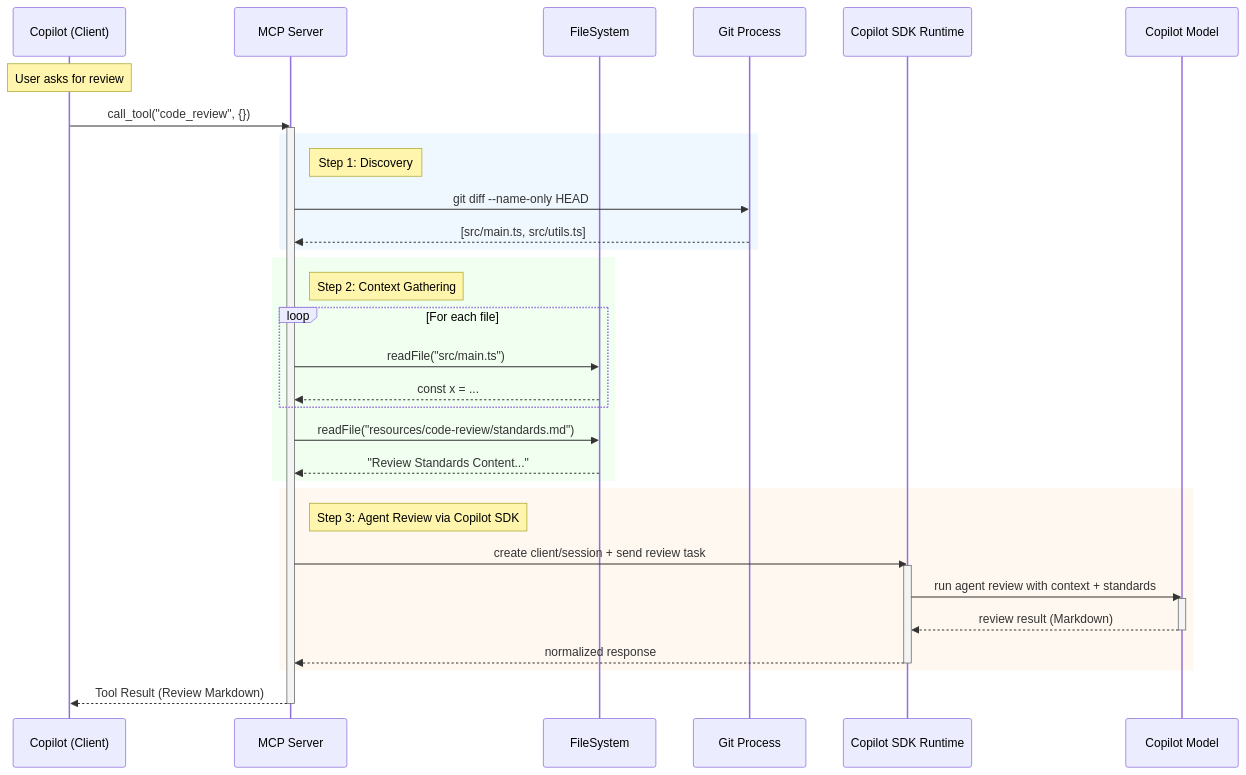
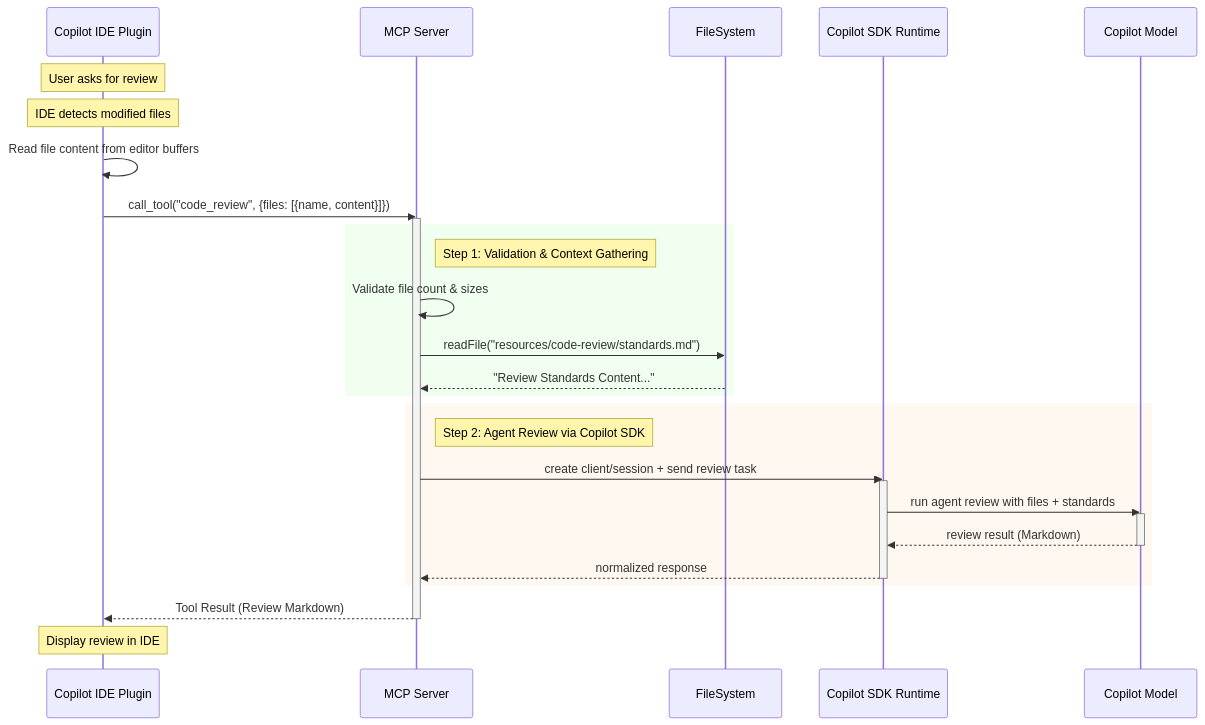
Before and after one commit to aranga-nana/easy-mcp-server: the diagram in CODE_REVIEW_DESIGN.md, drawn with Mermaid. The commit also changed other lines of this file, not shown here.

Commit message:
feat: enhance code review tool design to support client-side file content submission and validation

````diff
--- a/CODE_REVIEW_DESIGN.md
+++ b/CODE_REVIEW_DESIGN.md
@@ -76,44 +79,37 @@
 ```mermaid
 sequenceDiagram
-    participant Client as Copilot (Client)
+    participant IDE as Copilot IDE Plugin
     participant Server as MCP Server
     participant FS as FileSystem
-    participant Git as Git Process
     participant SDK as Copilot SDK Runtime
     participant Model as Copilot Model
 
-    Note over Client: User asks for review
-    Client->>Server: call_tool("code_review", {})
+    Note over IDE: User asks for review
+    Note over IDE: IDE detects modified files
+    IDE->>IDE: Read file content from editor buffers
+    IDE->>Server: call_tool("code_review", {files: [{name, content}]})
     activate Server
     
-    rect rgb(240, 248, 255)
-        Note right of Server: Step 1: Discovery
-        Server->>Git: git diff --name-only HEAD
-        Git-->>Server: [src/main.ts, src/utils.ts]
-    end
-    
     rect rgb(240, 255, 240)
-        Note right of Server: Step 2: Context Gathering
-        loop For each file
-            Server->>FS: readFile("src/main.ts")
-            FS-->>Server: const x = ...
-        end
+        Note right of Server: Step 1: Validation & Context Gathering
+        Server->>Server: Validate file count & sizes
         Server->>FS: readFile("resources/code-review/standards.md")
         FS-->>Server: "Review Standards Content..."
     end
     
     rect rgb(255, 248, 240)
-        Note right of Server: Step 3: Agent Review via Copilot SDK
+        Note right of Server: Step 2: Agent Review via Copilot SDK
         Server->>SDK: create client/session + send review task
         activate SDK
-        SDK->>Model: run agent review with context + standards
+        SDK->>Model: run agent review with files + standards
         activate Model
         Model-->>SDK: review result (Markdown)
         deactivate Model
         SDK-->>Server: normalized response
         deactivate SDK
     end
     
-    Server-->>Client: Tool Result (Review Markdown)
+    Server-->>IDE: Tool Result (Review Markdown)
     deactivate Server
+    Note over IDE: Display review in IDE
 ```
````
